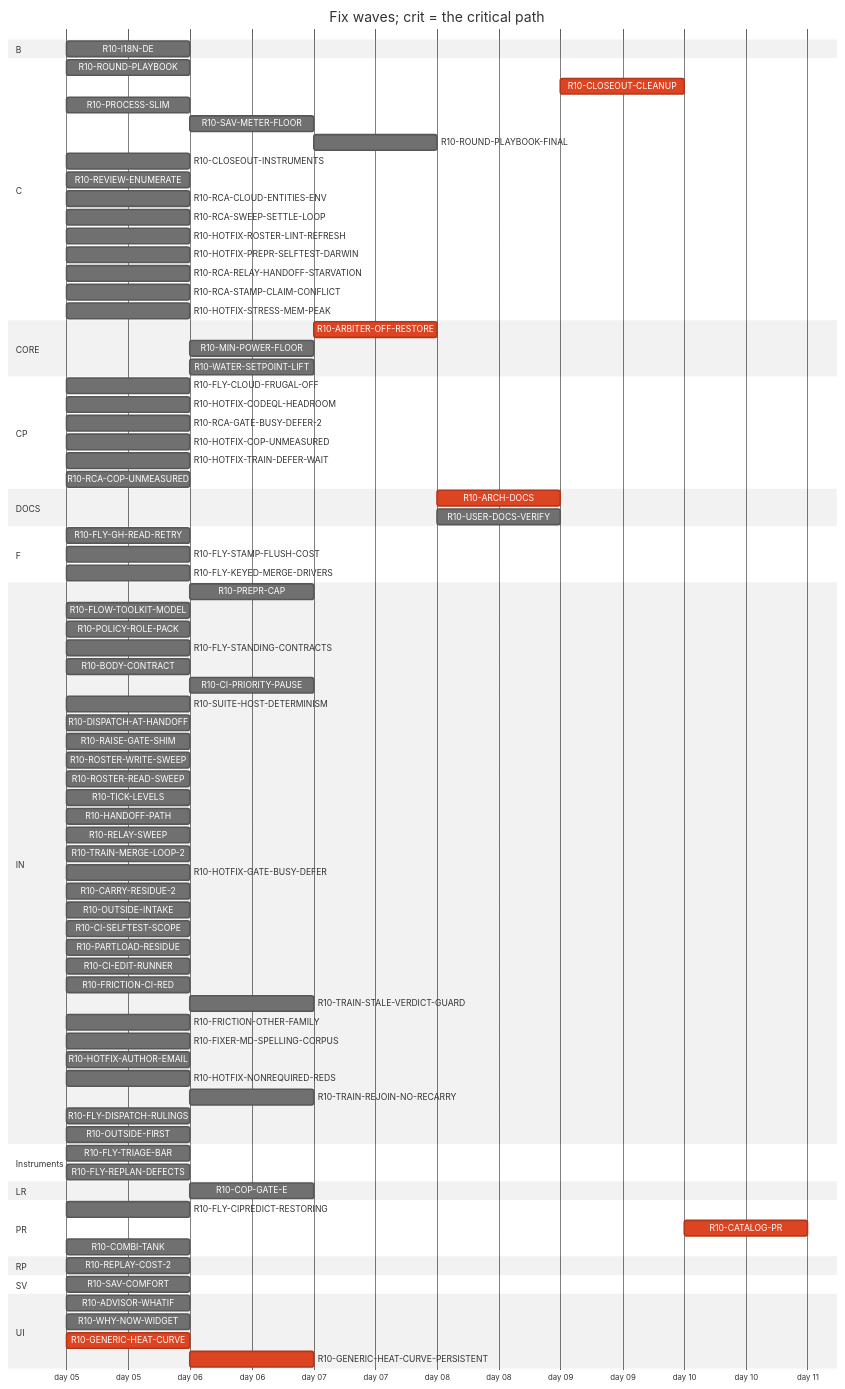
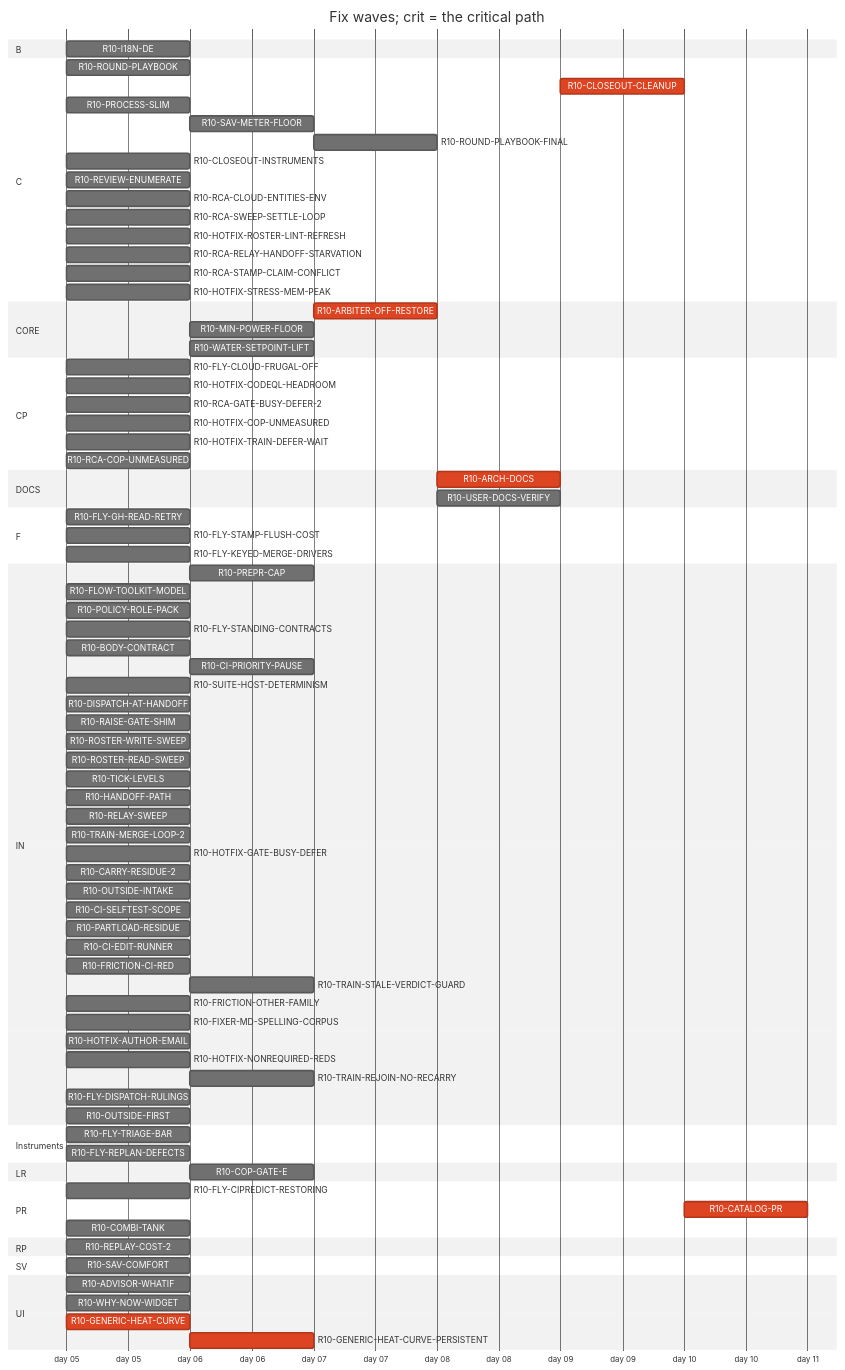
The diagram in handoff/round10/state/PLAN-TABLE.md (tvofi/heatpump_optimizer), drawn with Mermaid (neutral theme) before and after one commit. The commit also changed other lines of this file and 3 other files, not shown here.

Commit message:
state: FLOW-BOARD.md, NEXT-SESSION-PROMPT.md, PLAN-TABLE.md, RESUME-CURRENT.md regenerated (state_docs.py)

```diff
--- a/handoff/round10/state/PLAN-TABLE.md
+++ b/handoff/round10/state/PLAN-TABLE.md
@@ -41,7 +41,6 @@
     R10-RCA-CLOUD-ENTITIES-ENV :r10RCACLOUDENTITIESENV, 2026-01-05, 1d
     R10-RCA-SWEEP-SETTLE-LOOP :r10RCASWEEPSETTLELOOP, 2026-01-05, 1d
     R10-HOTFIX-ROSTER-LINT-REFRESH :r10HOTFIXROSTERLINTREFRESH, 2026-01-05, 1d
-    R10-HOTFIX-PREPR-SELFTEST-DARWIN :r10HOTFIXPREPRSELFTESTDARWIN, 2026-01-05, 1d
     R10-RCA-RELAY-HANDOFF-STARVATION :r10RCARELAYHANDOFFSTARVATION, 2026-01-05, 1d
     R10-RCA-STAMP-CLAIM-CONFLICT :r10RCASTAMPCLAIMCONFLICT, 2026-01-05, 1d
     R10-HOTFIX-STRESS-MEM-PEAK :r10HOTFIXSTRESSMEMPEAK, 2026-01-05, 1d
```
